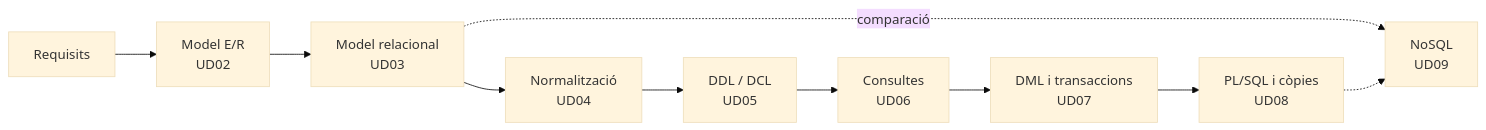
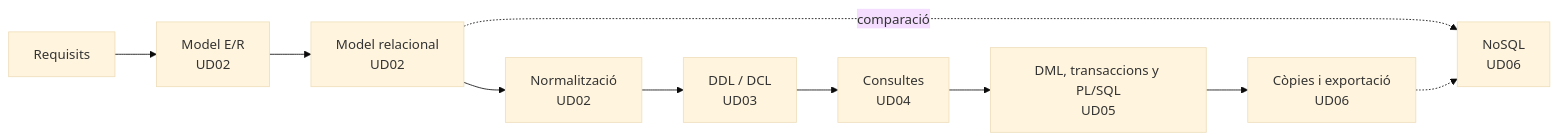
Before and after one commit to LorenaLResusta/GBD: the diagram in content.val/_index.md, drawn with Mermaid (base theme). The commit also changed other lines of this file and 142 other files, not shown here.

````diff
--- a/content.val/_index.md
+++ b/content.val/_index.md
@@ -25,12 +25,12 @@
 ```mermaid
 flowchart LR
     A[Requisits] --> B[Model E/R<br/>UD02]
-    B --> C[Model relacional<br/>UD03]
-    C --> D[Normalització<br/>UD04]
-    D --> E[DDL / DCL<br/>UD05]
-    E --> F[Consultes<br/>UD06]
-    F --> G[DML i transaccions<br/>UD07]
-    G --> H[PL/SQL i còpies<br/>UD08]
-    C -.comparació.-> I[NoSQL<br/>UD09]
+    B --> C[Model relacional<br/>UD02]
+    C --> D[Normalització<br/>UD02]
+    D --> E[DDL / DCL<br/>UD03]
+    E --> F[Consultes<br/>UD04]
+    F --> G[DML, transaccions y PL/SQL<br/>UD05]
+    G --> H[Còpies i exportació<br/>UD06]
+    C -.comparació.-> I[NoSQL<br/>UD06]
     H -.-> I
 ```
````
